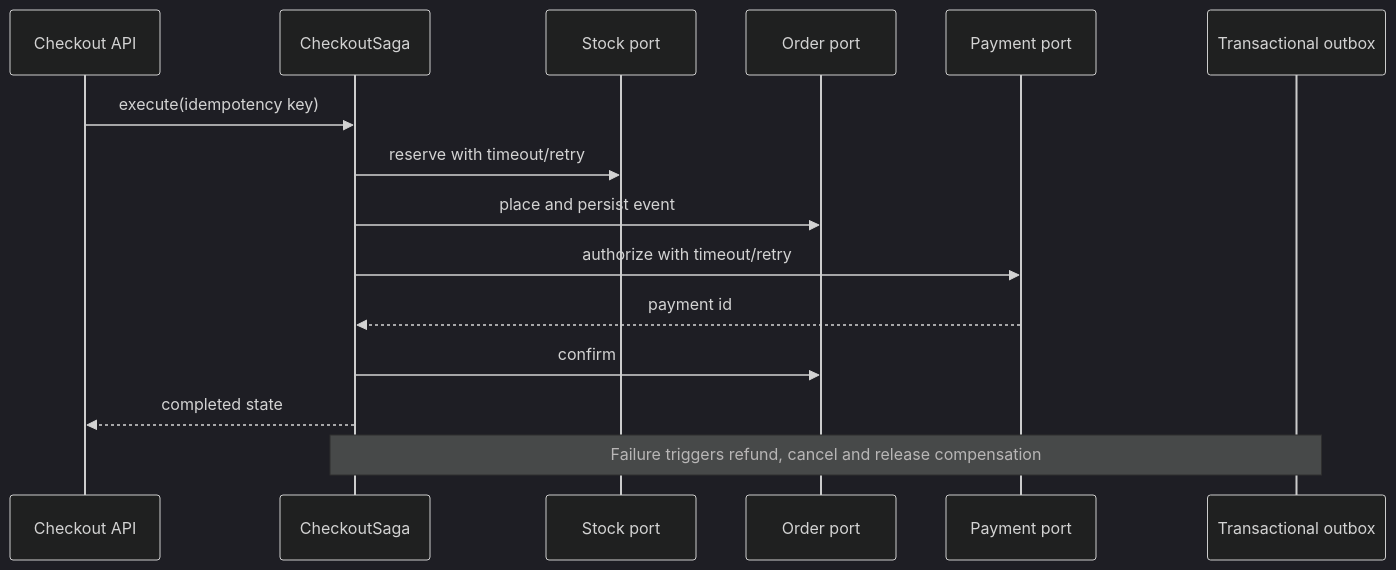
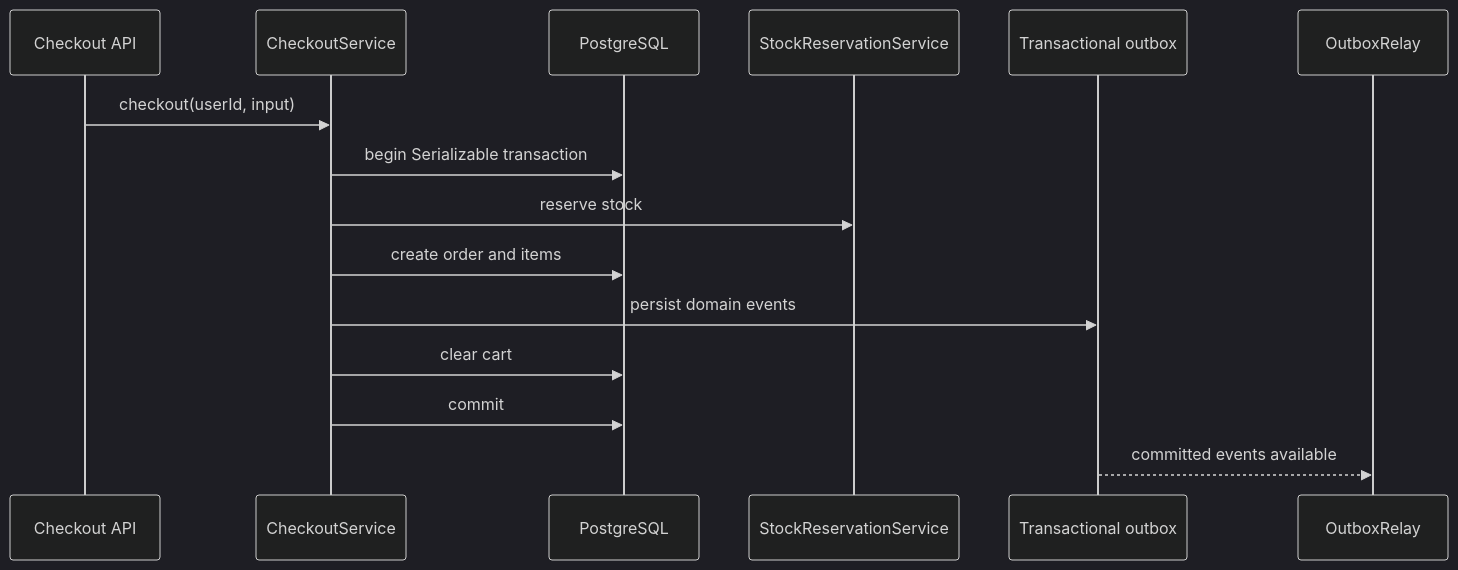
The fourth of 5 diagrams in docs/ARCHITECTURE.md (Thang4869/TriAD-Backend), drawn with Mermaid (dark theme) before and after one commit. The commit also changed other lines of this file and 2 other files, not shown here.

Commit message:
docs: align saga production architecture

````diff
--- a/docs/ARCHITECTURE.md
+++ b/docs/ARCHITECTURE.md
@@ -79,17 +81,18 @@
 ```mermaid
 sequenceDiagram
   participant API as Checkout API
-  participant Saga as CheckoutSaga
-  participant Stock as Stock port
-  participant Order as Order port
-  participant Pay as Payment port
+  participant Service as CheckoutService
+  participant DB as PostgreSQL
+  participant Stock as StockReservationService
   participant Outbox as Transactional outbox
-  API->>Saga: execute(idempotency key)
-  Saga->>Stock: reserve with timeout/retry
-  Saga->>Order: place and persist event
-  Saga->>Pay: authorize with timeout/retry
-  Pay-->>Saga: payment id
-  Saga->>Order: confirm
-  Saga-->>API: completed state
-  Note over Saga,Outbox: Failure triggers refund, cancel and release compensation
+  participant Relay as OutboxRelay
+
+  API->>Service: checkout(userId, input)
+  Service->>DB: begin Serializable transaction
+  Service->>Stock: reserve stock
+  Service->>DB: create order and items
+  Service->>Outbox: persist domain events
+  Service->>DB: clear cart
+  Service->>DB: commit
+  Outbox-->>Relay: committed events available
 ```
````
